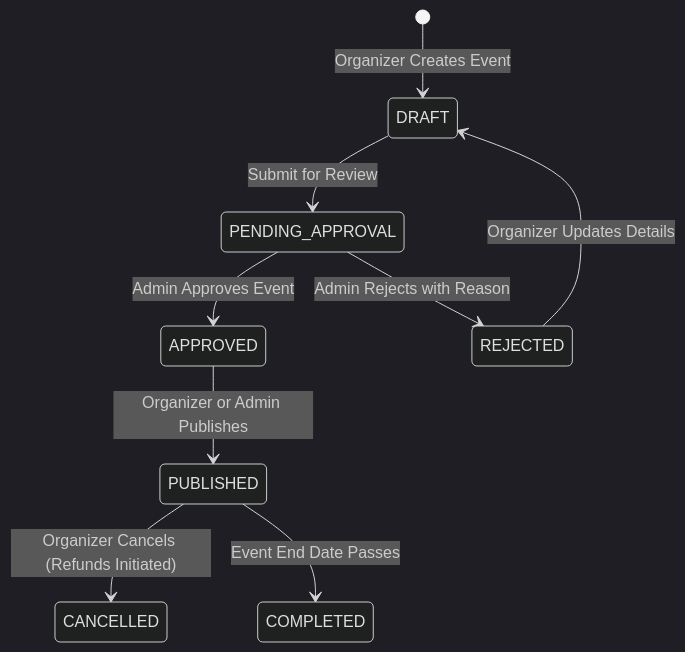
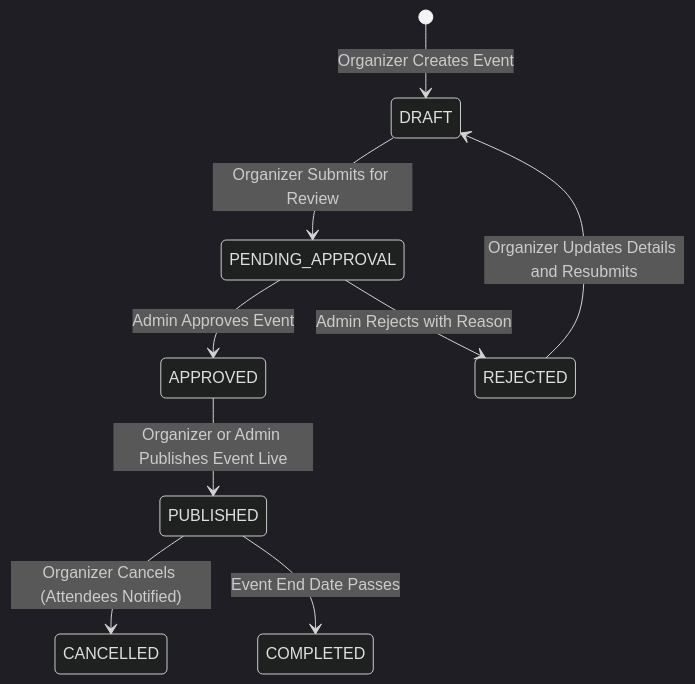
Before and after one commit to meiyarasam/eventra-event-booking: the second of 6 diagrams in docs/flow-diagram.md, drawn with Mermaid (dark theme). The commit also changed other lines of this file and 5 other files, not shown here.

````diff
--- a/docs/flow-diagram.md
+++ b/docs/flow-diagram.md
@@ -44,11 +43,11 @@
 ```mermaid
 stateDiagram-v2
     [*] --> DRAFT: Organizer Creates Event
-    DRAFT --> PENDING_APPROVAL: Submit for Review
+    DRAFT --> PENDING_APPROVAL: Organizer Submits for Review
     PENDING_APPROVAL --> APPROVED: Admin Approves Event
     PENDING_APPROVAL --> REJECTED: Admin Rejects with Reason
-    REJECTED --> DRAFT: Organizer Updates Details
-    APPROVED --> PUBLISHED: Organizer or Admin Publishes
-    PUBLISHED --> CANCELLED: Organizer Cancels (Refunds Initiated)
+    REJECTED --> DRAFT: Organizer Updates Details and Resubmits
+    APPROVED --> PUBLISHED: Organizer or Admin Publishes Event Live
+    PUBLISHED --> CANCELLED: Organizer Cancels (Attendees Notified)
     PUBLISHED --> COMPLETED: Event End Date Passes
 ```
````
